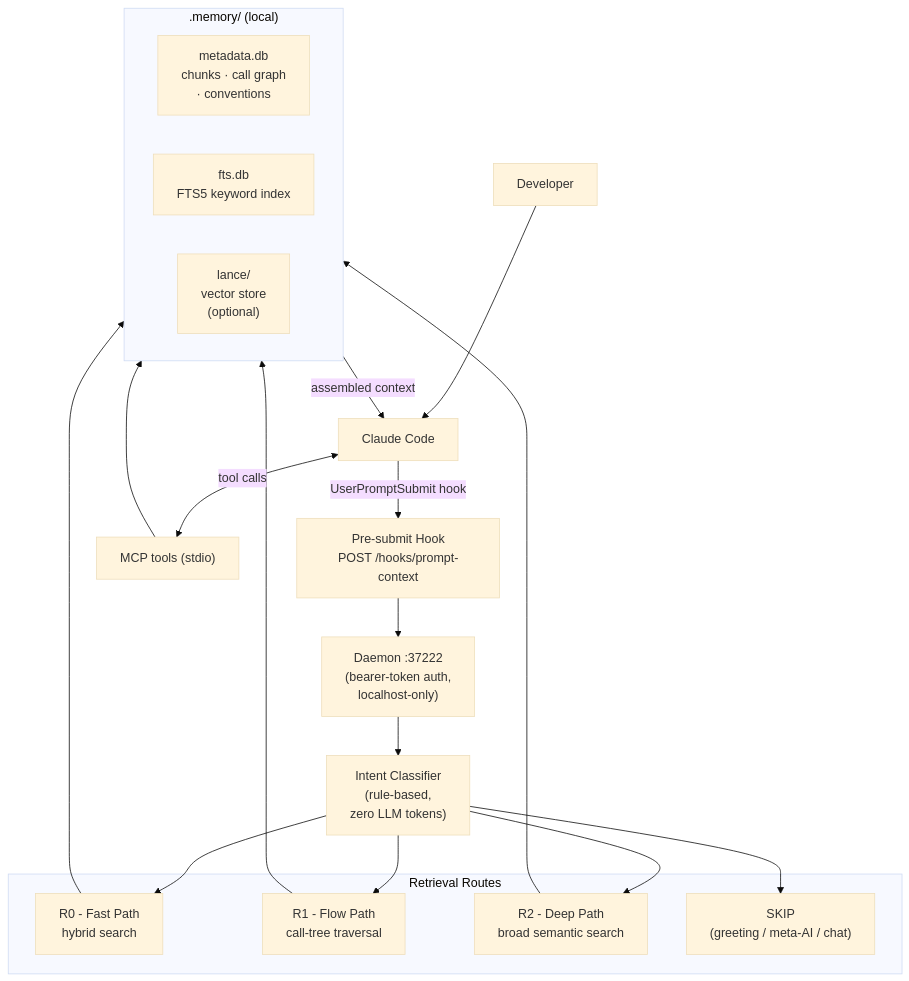
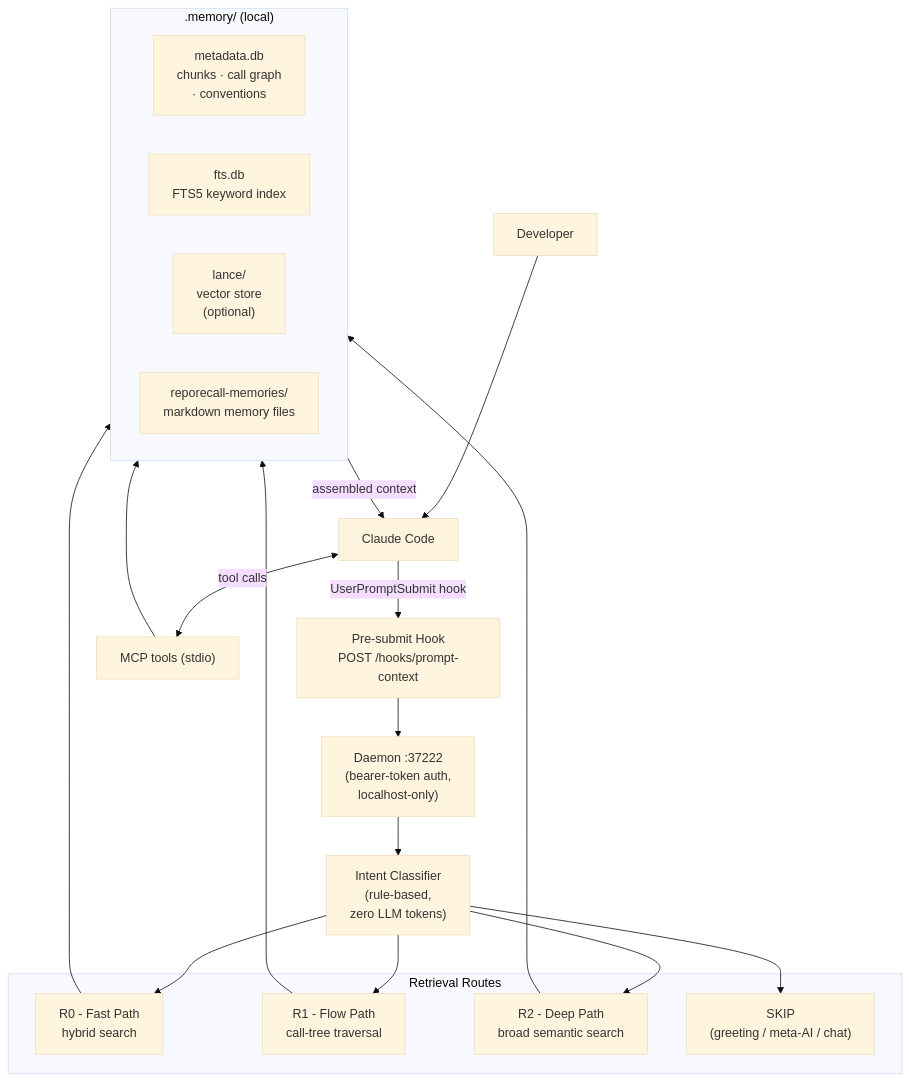
One commit to proofofwork-agency/reporecall changed the diagram in README.md. Above: the diagram before and after it, drawn with Mermaid (base theme). The commit also changed other lines of this file and 89 other files, not shown here.

````diff
--- a/README.md
+++ b/README.md
@@ -205,33 +185,34 @@
 ```mermaid
 flowchart TB
     Dev["Developer"]
     CC["Claude Code"]
     Hook["Pre-submit Hook<br/>POST /hooks/prompt-context"]
     Daemon["Daemon :37222<br/>(bearer-token auth,<br/>localhost-only)"]
     IC["Intent Classifier<br/>(rule-based,<br/>zero LLM tokens)"]
 
     subgraph Routes["Retrieval Routes"]
         R0["R0 - Fast Path<br/>hybrid search"]
         R1["R1 - Flow Path<br/>call-tree traversal"]
         R2["R2 - Deep Path<br/>broad semantic search"]
         SK["SKIP<br/>(greeting / meta-AI / chat)"]
     end
 
     subgraph Storage[".memory/ (local)"]
         Meta["metadata.db<br/>chunks · call graph<br/>· conventions"]
         FTS["fts.db<br/>FTS5 keyword index"]
         Lance["lance/<br/>vector store<br/>(optional)"]
+        Mem["reporecall-memories/<br/>markdown memory files"]
     end
 
     MCP["MCP tools (stdio)"]
 
     Dev --> CC
     CC -->|"UserPromptSubmit hook"| Hook
     Hook --> Daemon
     Daemon --> IC
     IC --> R0 & R1 & R2 & SK
     R0 & R1 & R2 --> Storage
     Storage -->|"assembled context"| CC
     CC <-->|"tool calls"| MCP
     MCP --> Storage
 ```
````
